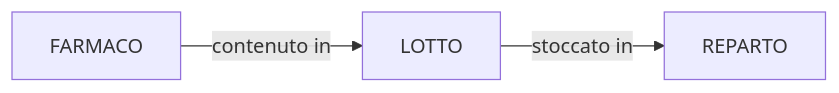
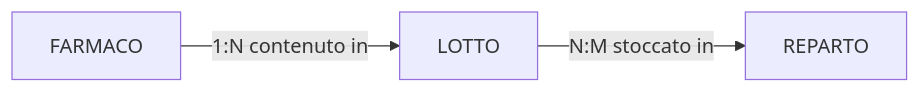
One commit to lucadagati/Lab_Fondamenti_di_Informatica_25_26 changed the first of 4 diagrams in 08-progettazione-er/esercizi/04-esercizio-farmacia-ospedaliera.md. Above: the diagram before and after it, drawn with Mermaid. The commit also changed other lines of this file and 60 other files, not shown here.

Commit message:
Add Chen ER step-by-step draw.io diagrams and fix layout

````diff
--- a/08-progettazione-er/esercizi/04-esercizio-farmacia-ospedaliera.md
+++ b/08-progettazione-er/esercizi/04-esercizio-farmacia-ospedaliera.md
@@ -49,5 +49,5 @@
 ```mermaid
 flowchart LR
-    F[FARMACO] -->|contenuto in| L[LOTTO]
-    L -->|stoccato in| R[REPARTO]
+    F[FARMACO] -->|1:N contenuto in| L[LOTTO]
+    L -->|N:M stoccato in| R[REPARTO]
 ```
````
